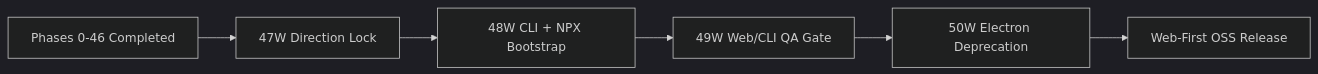
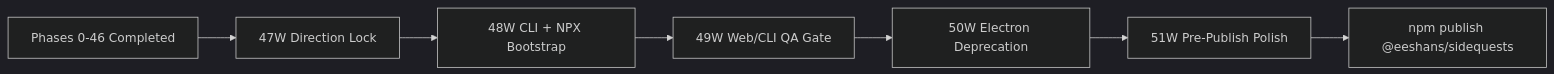
One commit to eeshansrivastava89/sidequests changed the diagram in docs/internal/IMPLEMENTATION_PLAN.md. Above: the diagram before and after it, drawn with Mermaid (dark theme). The commit also changed other lines of this file and 32 other files, not shown here.

First line of the commit message:
pre-publish: LLM always-on, model selection, toast system, package rename

````diff
--- a/docs/internal/IMPLEMENTATION_PLAN.md
+++ b/docs/internal/IMPLEMENTATION_PLAN.md
@@ -171,8 +192,9 @@
 ```mermaid
 flowchart LR
   A[Phases 0-46 Completed] --> B[47W Direction Lock]
   B --> C[48W CLI + NPX Bootstrap]
   C --> D[49W Web/CLI QA Gate]
   D --> E[50W Electron Deprecation]
-  E --> F[Web-First OSS Release]
+  E --> F[51W Pre-Publish Polish]
+  F --> G[npm publish @eeshans/sidequests]
 ```
````
